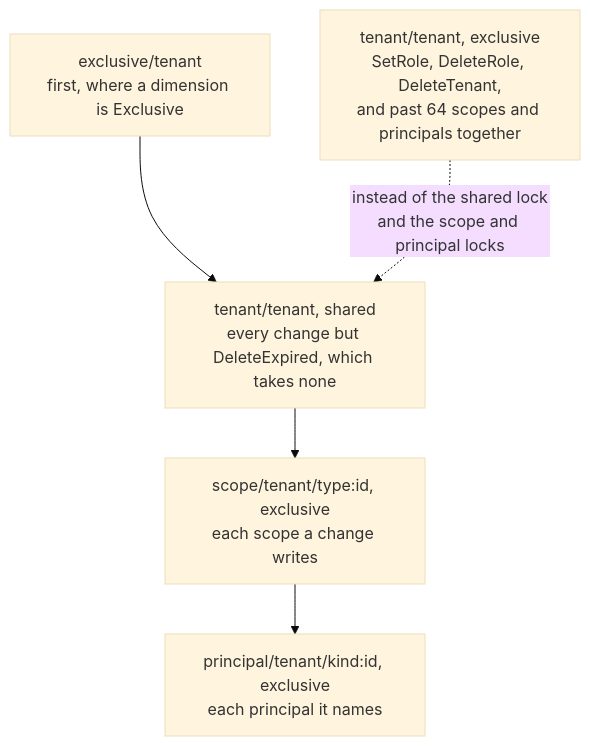
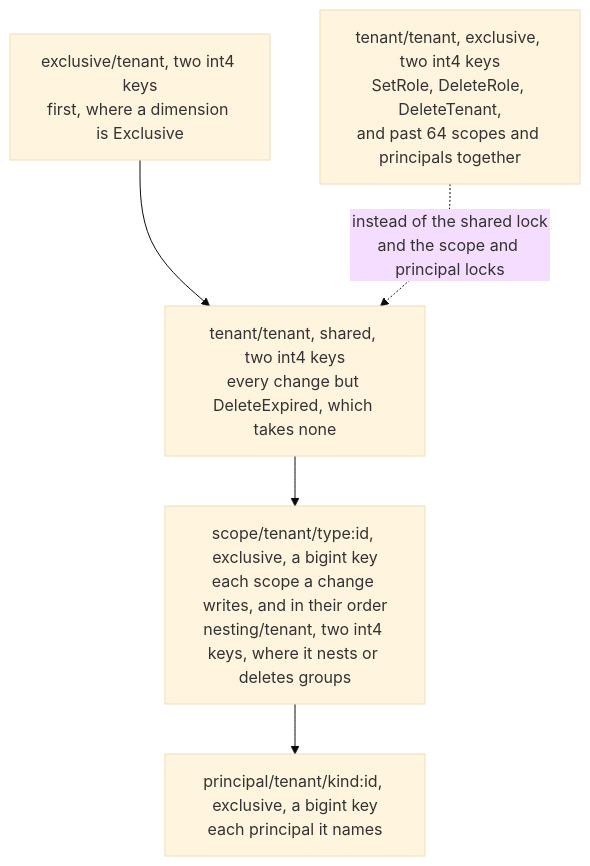
Diagram 11 of 14 in docs/architecture.md (parallelworks/rbac), drawn with Mermaid (base theme) before and after one commit. The commit also changed other lines of this file and 8 other files, not shown here.

Commit message:
fix: a tenant's admin can name a group whose lock is another tenant's, holding every change there back while it changes the group (#108)

````diff
--- a/docs/architecture.md
+++ b/docs/architecture.md
@@ -778,7 +790,7 @@
 ```mermaid
 flowchart TB
-    excl["exclusive/tenant<br/>first, where a dimension is Exclusive"] --> tshared["tenant/tenant, shared<br/>every change but DeleteExpired, which takes none"]
-    tshared --> scope["scope/tenant/type:id, exclusive<br/>each scope a change writes"]
-    scope --> princ["principal/tenant/kind:id, exclusive<br/>each principal it names"]
-    texcl["tenant/tenant, exclusive<br/>SetRole, DeleteRole, DeleteTenant,<br/>and past 64 scopes and principals together"] -.->|"instead of the shared lock<br/>and the scope and principal locks"| tshared
+    excl["exclusive/tenant, two int4 keys<br/>first, where a dimension is Exclusive"] --> tshared["tenant/tenant, shared, two int4 keys<br/>every change but DeleteExpired, which takes none"]
+    tshared --> scope["scope/tenant/type:id, exclusive, a bigint key<br/>each scope a change writes, and in their order<br/>nesting/tenant, two int4 keys, where it nests or deletes groups"]
+    scope --> princ["principal/tenant/kind:id, exclusive, a bigint key<br/>each principal it names"]
+    texcl["tenant/tenant, exclusive, two int4 keys<br/>SetRole, DeleteRole, DeleteTenant,<br/>and past 64 scopes and principals together"] -.->|"instead of the shared lock<br/>and the scope and principal locks"| tshared
 ```
````
